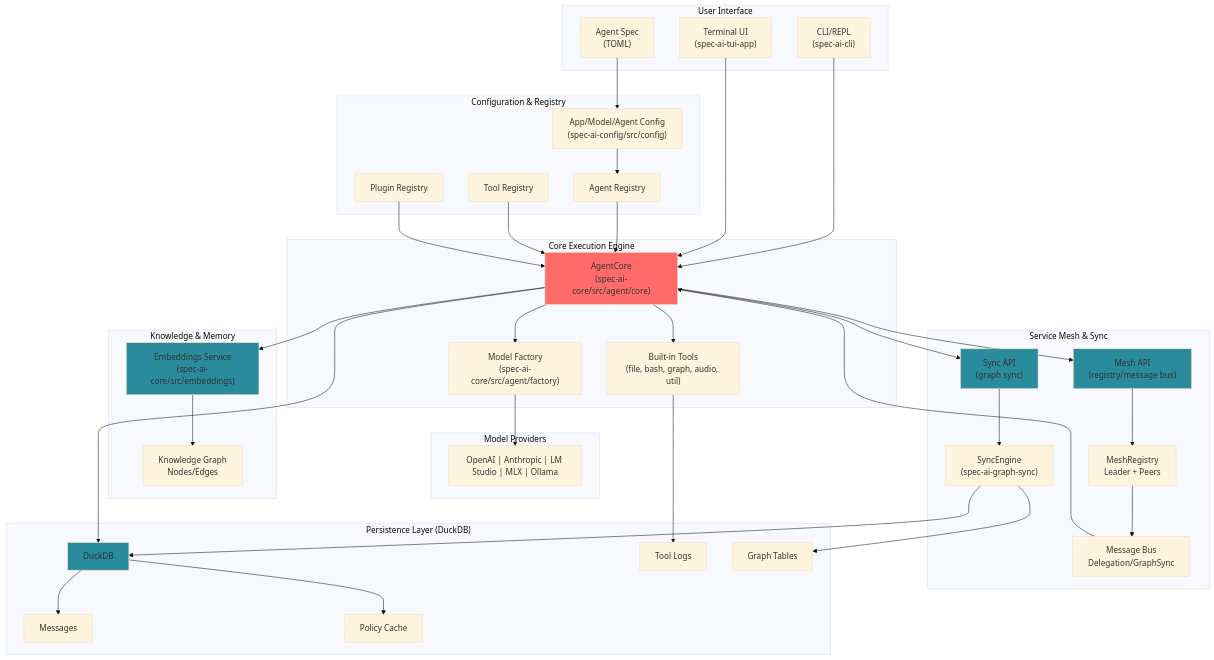
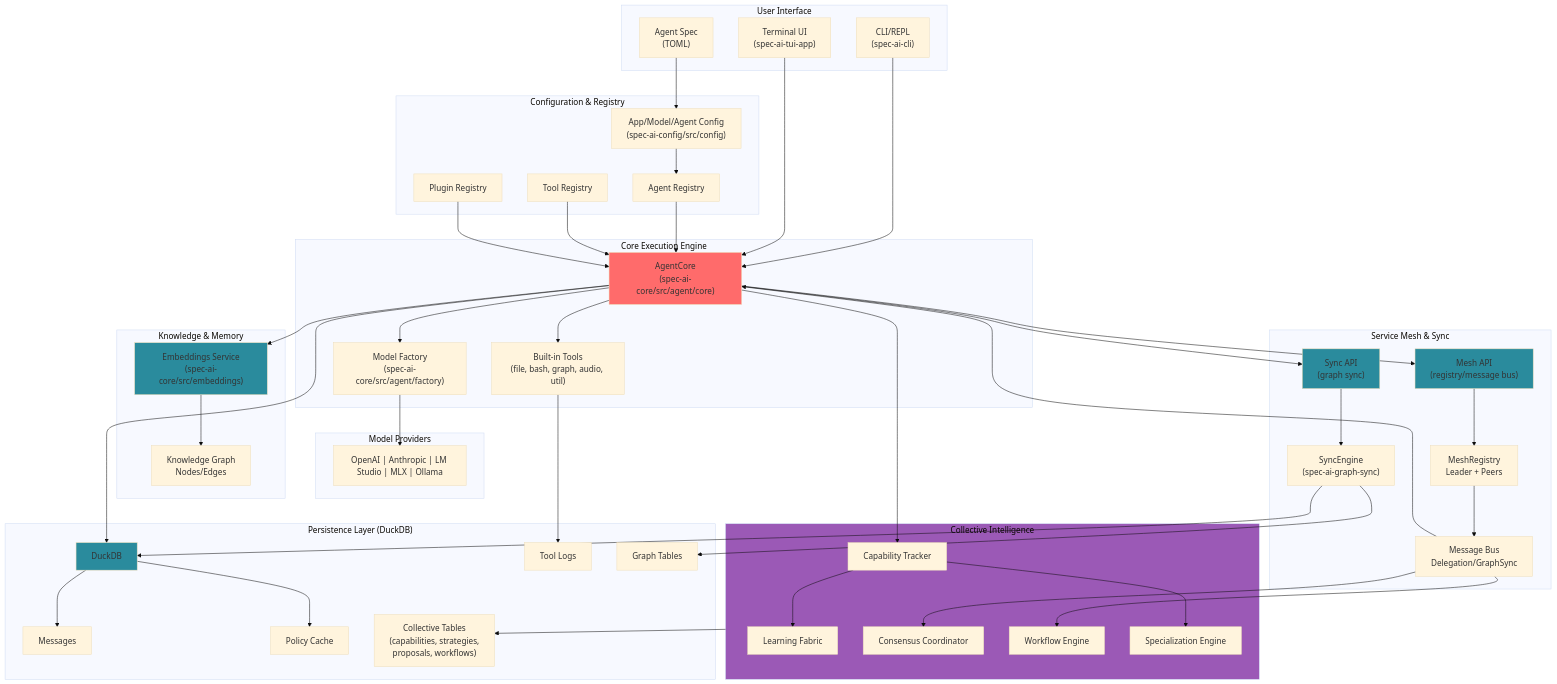
One commit to geoffsee/spec-ai changed the diagram in docs/ARCHITECTURE.md. Above: the diagram before and after it, drawn with Mermaid (base theme). The commit also changed other lines of this file and 25 other files, not shown here.

Commit message:
enable collective intelligence mode (#38)

```diff
--- a/docs/ARCHITECTURE.md
+++ b/docs/ARCHITECTURE.md
@@ -40,12 +40,21 @@
         SyncEngine["SyncEngine<br/>(spec-ai-graph-sync)"]
     end
 
+    subgraph Collective["Collective Intelligence"]
+        CapTracker["Capability Tracker"]
+        LearningFabric["Learning Fabric"]
+        Consensus["Consensus Coordinator"]
+        Workflows["Workflow Engine"]
+        Specialization["Specialization Engine"]
+    end
+
     subgraph Persistence["Persistence Layer (DuckDB)"]
         DB["DuckDB"]
         Messages["Messages"]
         ToolLogs["Tool Logs"]
         GraphTables["Graph Tables"]
         PolicyCache["Policy Cache"]
+        CollectiveTables["Collective Tables<br/>(capabilities, strategies,<br/>proposals, workflows)"]
     end
 
     CLI --> AgentCore
@@ -69,8 +78,15 @@
     AgentCore --> DB
     DB --> Messages
     DB --> PolicyCache
+    AgentCore --> CapTracker
+    CapTracker --> LearningFabric
+    CapTracker --> Specialization
+    MessageBus --> Consensus
+    MessageBus --> Workflows
+    Collective --> CollectiveTables
 
     style AgentCore fill:#ff6b6b
+    style Collective fill:#9b59b6
     style DB fill:#2a8b9d
     style Embeddings fill:#2a8b9d
     style MeshAPI fill:#2a8b9d
```
